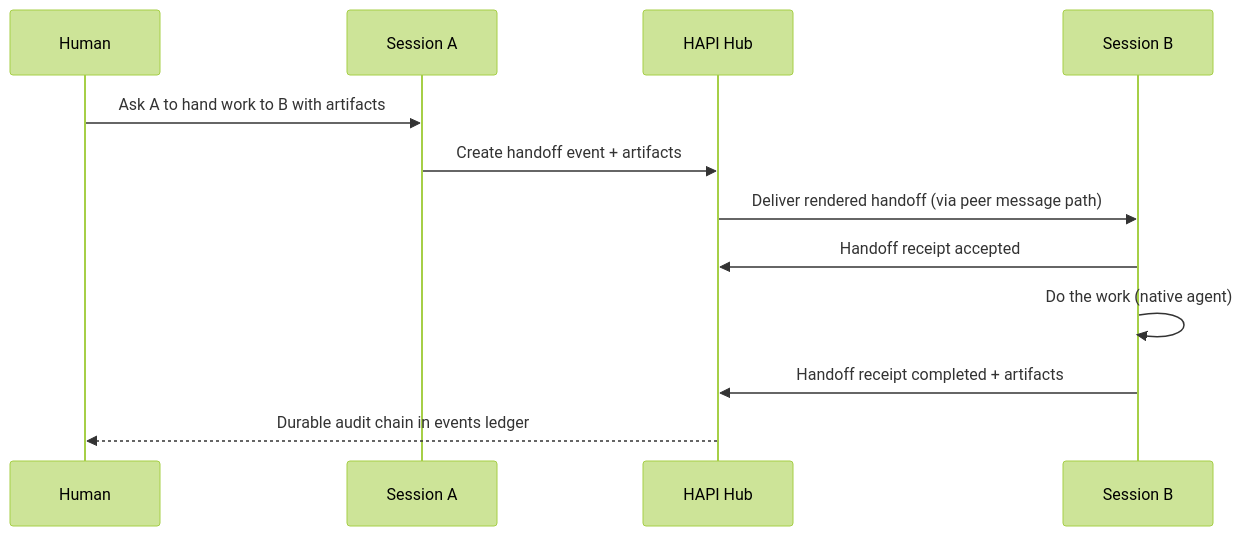
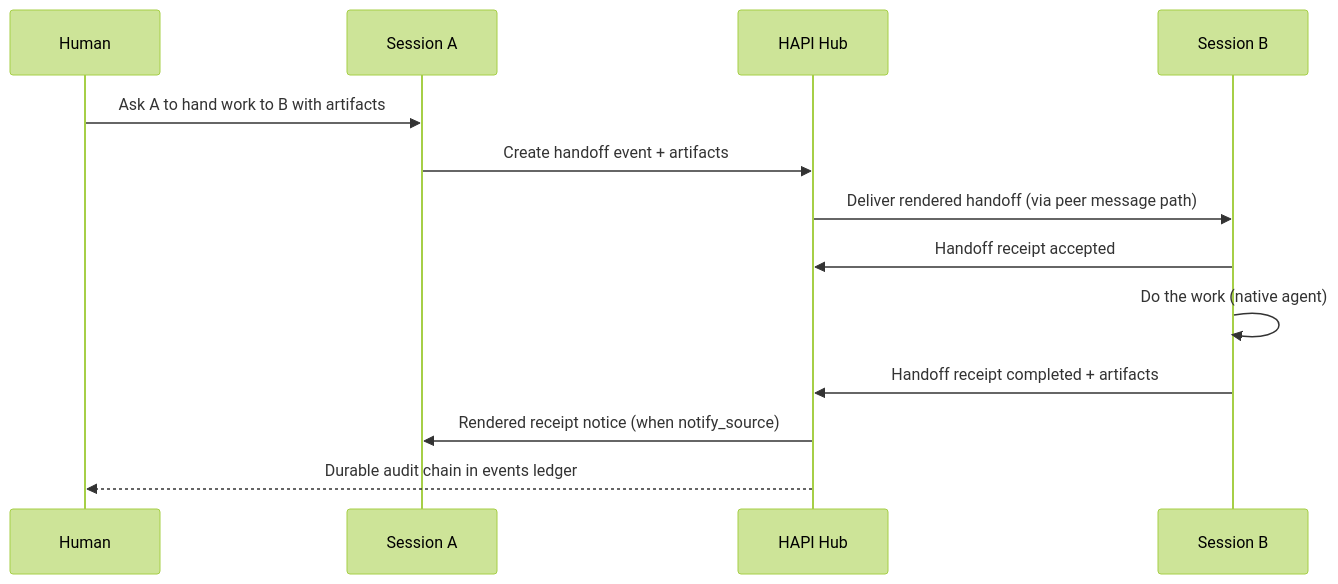
One commit to heavygee/hapi changed the diagram in docs/plans/2026-08-03-a2a-control-plane-rfc.md. Above: the diagram before and after it, drawn with Mermaid (forest theme). The commit also changed other lines of this file, not shown here.

````diff
--- a/docs/plans/2026-08-03-a2a-control-plane-rfc.md
+++ b/docs/plans/2026-08-03-a2a-control-plane-rfc.md
@@ -286,15 +322,16 @@
 ```mermaid
 sequenceDiagram
   participant H as Human
   participant A as Session A
   participant Hub as HAPI Hub
   participant B as Session B
 
   H->>A: Ask A to hand work to B with artifacts
   A->>Hub: Create handoff event + artifacts
   Hub->>B: Deliver rendered handoff (via peer message path)
   B->>Hub: Handoff receipt accepted
   B->>B: Do the work (native agent)
   B->>Hub: Handoff receipt completed + artifacts
+  Hub->>A: Rendered receipt notice (when notify_source)
   Hub-->>H: Durable audit chain in events ledger
 ```
````
